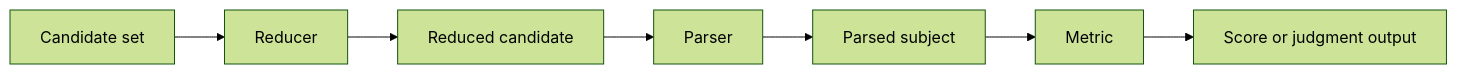
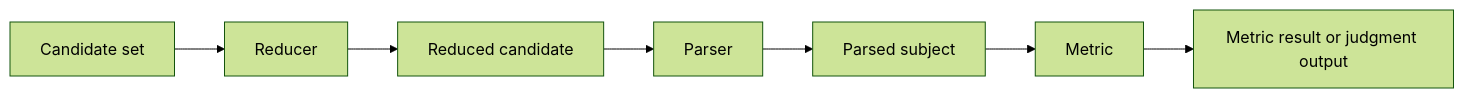
One commit to Pittawat2542/themis changed the diagram in docs/explanation/reducer-parser-metric-boundaries.md. Above: the diagram before and after it, drawn with Mermaid (forest theme). The commit also changed 87 other files, not shown here.

````diff
--- a/docs/explanation/reducer-parser-metric-boundaries.md
+++ b/docs/explanation/reducer-parser-metric-boundaries.md
@@ -24,9 +24,9 @@
 ```mermaid
 flowchart LR
     A["Candidate set"] --> B["Reducer"]
     B --> C["Reduced candidate"]
     C --> D["Parser"]
     D --> E["Parsed subject"]
     E --> F["Metric"]
-    F --> G["Score or judgment output"]
+    F --> G["Metric result or judgment output"]
 ```
````
